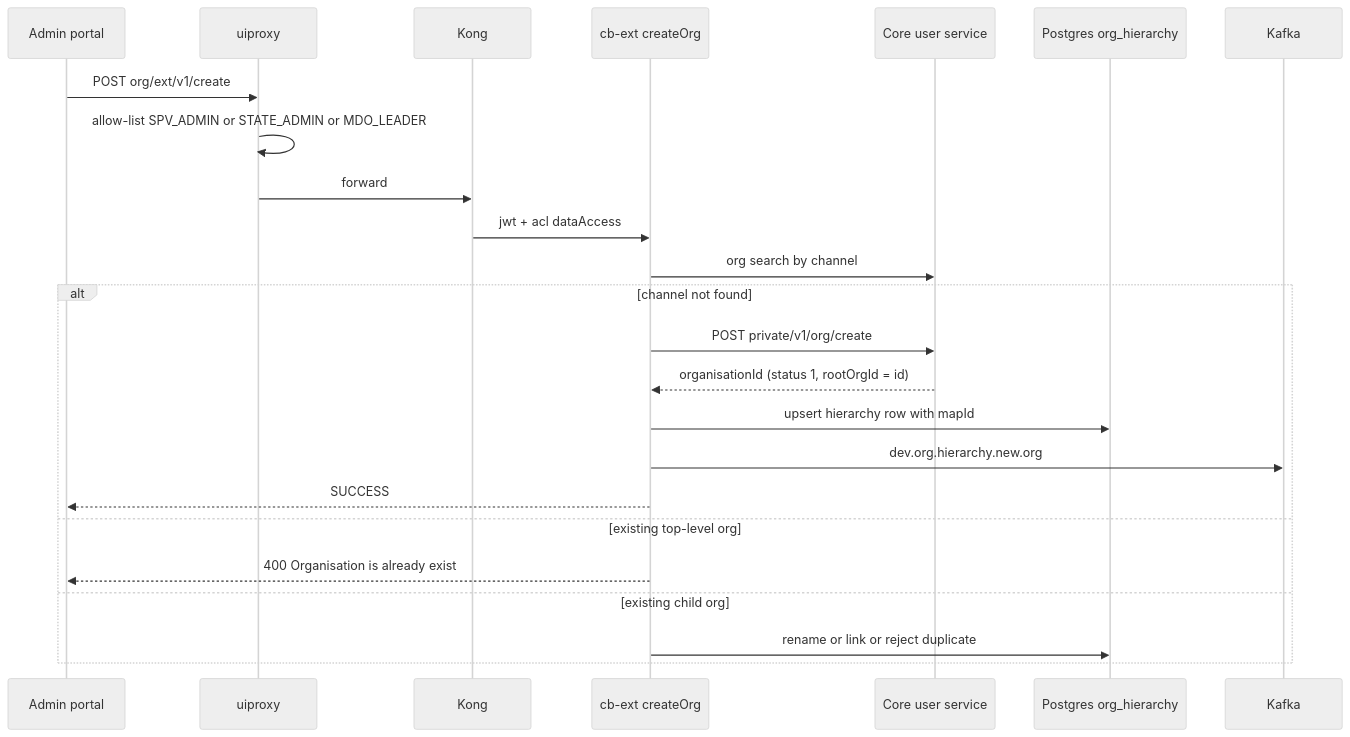
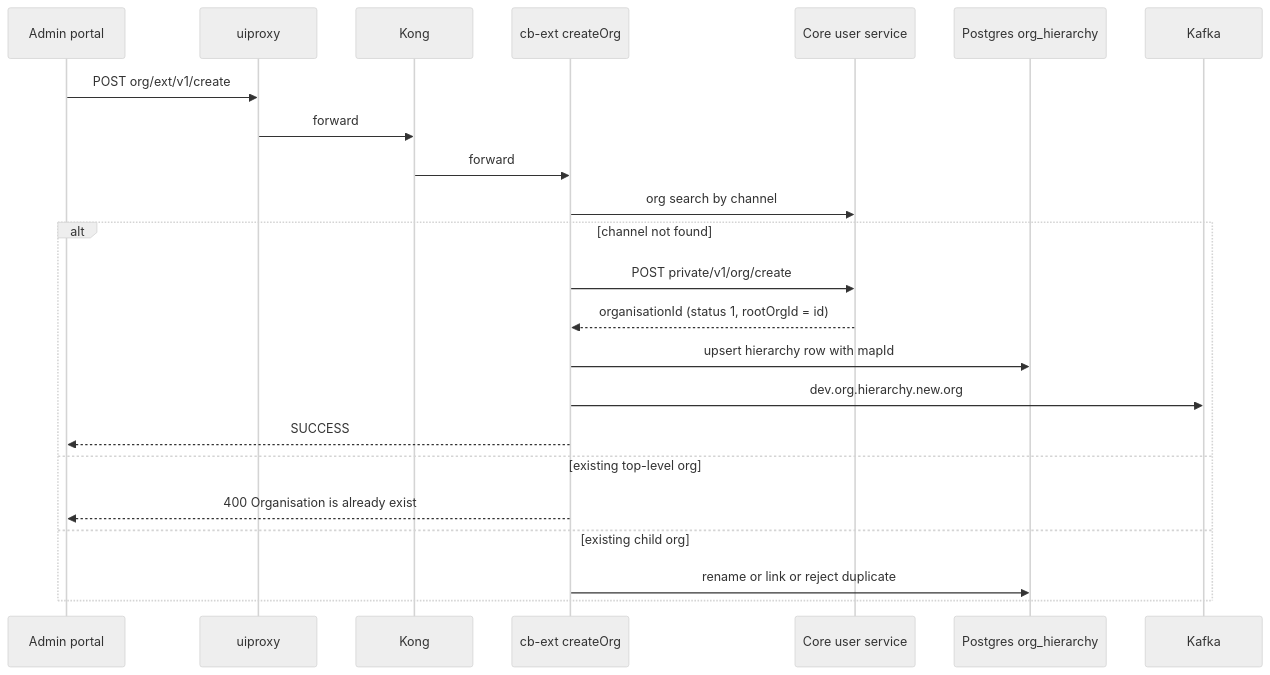
Before and after one commit to KB-iGOT/igot-docs: the first of 2 diagrams in docs/learning-hub/spv-admin-registration/lld.md, drawn with Mermaid (neutral theme). The commit also changed other lines of this file and 25 other files, not shown here.

First line of the commit message:
security(3f/7): remove weakness and unprotected-route statements: spv-admin-registration, training-plan, unenrollment, user-onboarding, weekly-claps

````diff
--- a/docs/learning-hub/spv-admin-registration/lld.md
+++ b/docs/learning-hub/spv-admin-registration/lld.md
@@ -62,26 +62,25 @@
 ```mermaid
 sequenceDiagram
     participant P as Admin portal
     participant U as uiproxy
     participant K as Kong
     participant E as cb-ext createOrg
     participant L as Core user service
     participant D as Postgres org_hierarchy
     participant Q as Kafka
     P->>U: POST org/ext/v1/create
-    U->>U: allow-list SPV_ADMIN or STATE_ADMIN or MDO_LEADER
     U->>K: forward
-    K->>E: jwt + acl dataAccess
+    K->>E: forward
     E->>L: org search by channel
     alt channel not found
         E->>L: POST private/v1/org/create
         L-->>E: organisationId (status 1, rootOrgId = id)
         E->>D: upsert hierarchy row with mapId
         E->>Q: dev.org.hierarchy.new.org
         E-->>P: SUCCESS
     else existing top-level org
         E-->>P: 400 Organisation is already exist
     else existing child org
         E->>D: rename or link or reject duplicate
     end
 ```
````
